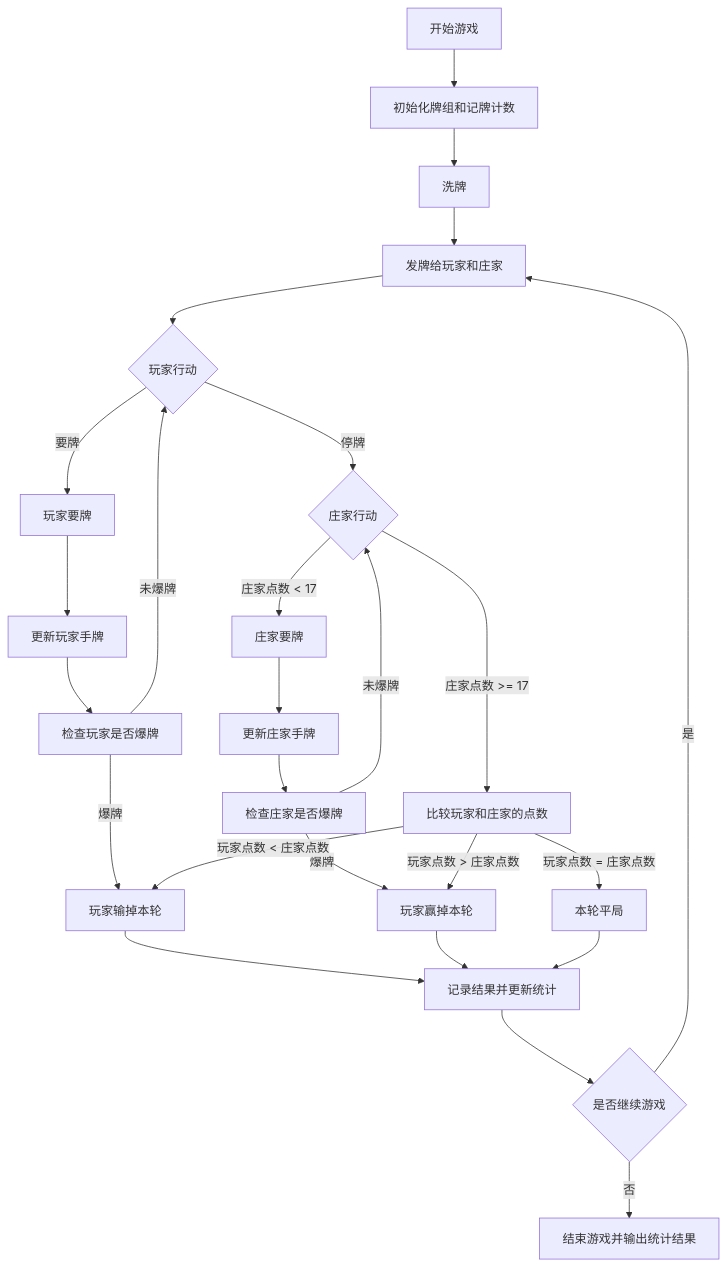
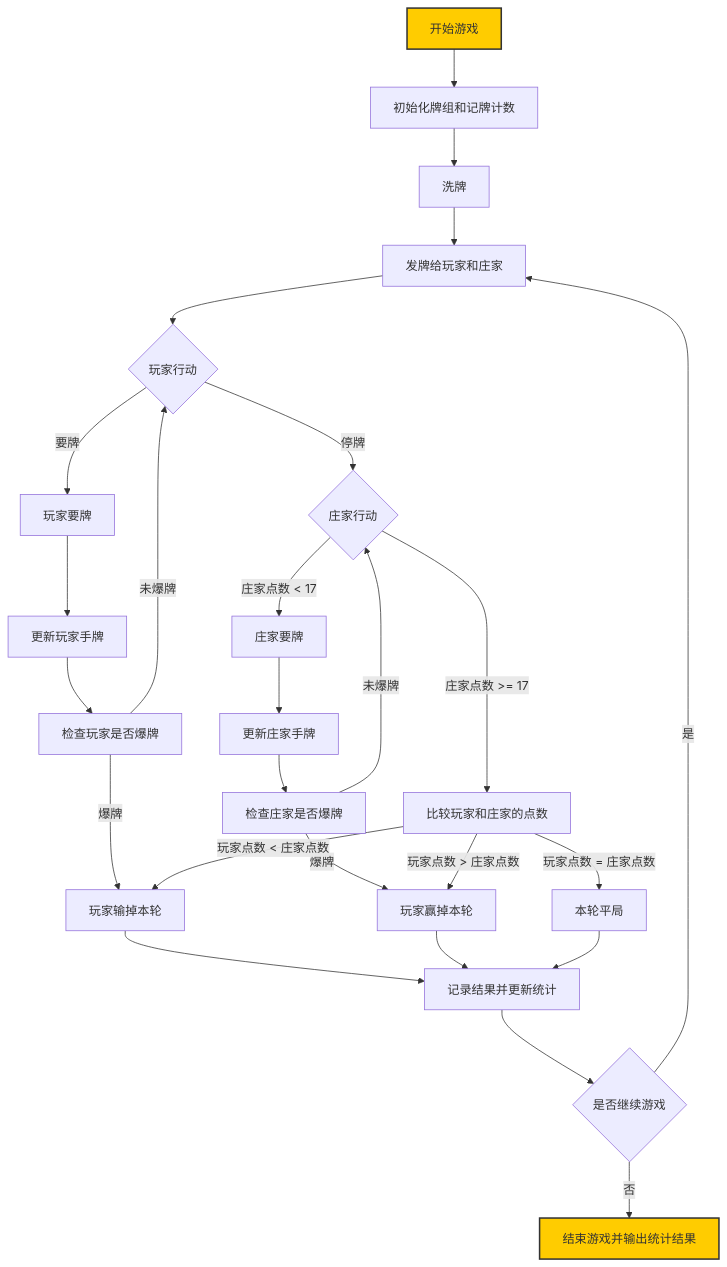
The diagram in all/未命名.md (SeeleWelt/iodraw-files), drawn with Mermaid before and after one commit.

Commit message:
2025-05-05 16:50:26 update

````diff
--- a/all/未命名.md
+++ b/all/未命名.md
@@ -1,28 +1,31 @@
 ```mermaid
 graph TD
     A[开始游戏] --> B[初始化牌组和记牌计数]
     B --> C[洗牌]
     C --> D[发牌给玩家和庄家]
     D --> E{玩家行动}
     E -->|要牌| F[玩家要牌]
     F --> G[更新玩家手牌]
     G --> H[检查玩家是否爆牌]
     H -->|爆牌| I[玩家输掉本轮]
     H -->|未爆牌| E
     E -->|停牌| J{庄家行动}
     J -->|庄家点数 < 17| K[庄家要牌]
     K --> L[更新庄家手牌]
     L --> M[检查庄家是否爆牌]
     M -->|爆牌| N[玩家赢掉本轮]
     M -->|未爆牌| J
     J -->|庄家点数 >= 17| O[比较玩家和庄家的点数]
     O -->|玩家点数 > 庄家点数| N
     O -->|玩家点数 < 庄家点数| I
     O -->|玩家点数 = 庄家点数| P[本轮平局]
     I --> Q[记录结果并更新统计]
     N --> Q
     P --> Q
     Q --> R{是否继续游戏}
     R -->|是| D
     R -->|否| S[结束游戏并输出统计结果]
+
+    style A fill:#ffcc00,stroke:#333,stroke-width:2px,shape:round
+    style S fill:#ffcc00,stroke:#333,stroke-width:2px,shape:round
 ```
````
